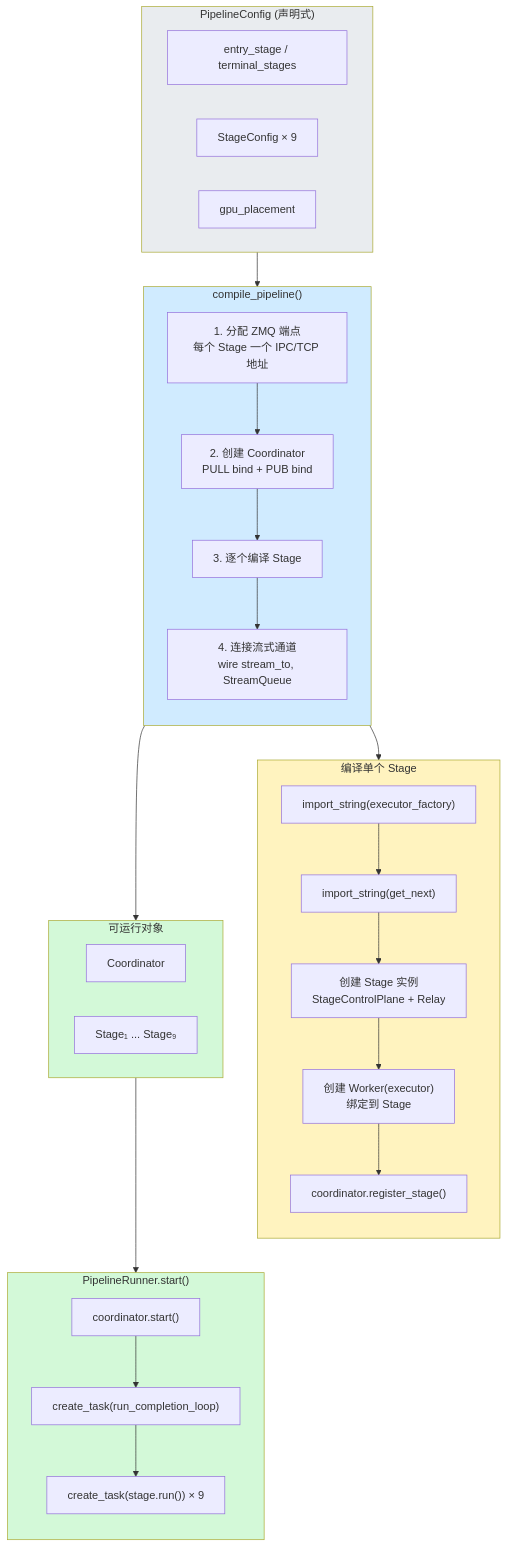
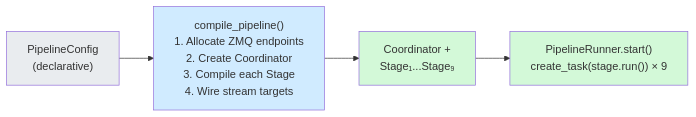
Diagram 12 of 31 in sglang/sglang-omni/README.md (zhaochenyang20/Awesome-ML-SYS-Tutorial), drawn with Mermaid before and after one commit. The commit also changed other lines of this file, not shown here.

First line of the commit message:
style: use English in all Mermaid diagrams, fix broken links, simplify oversized charts

````diff
--- a/sglang/sglang-omni/README.md
+++ b/sglang/sglang-omni/README.md
@@ -598,51 +573,11 @@
 ```mermaid
-graph TB
-    subgraph Config["PipelineConfig (声明式)"]
-        C1["entry_stage / terminal_stages"]
-        C2["StageConfig × 9"]
-        C3["gpu_placement"]
-    end
-
-    subgraph Compile["compile_pipeline()"]
-        direction TB
-        S1["1. 分配 ZMQ 端点<br/>每个 Stage 一个 IPC/TCP 地址"]
-        S2["2. 创建 Coordinator<br/>PULL bind + PUB bind"]
-        S3["3. 逐个编译 Stage"]
-        S4["4. 连接流式通道<br/>wire stream_to, StreamQueue"]
-        S1 --> S2 --> S3 --> S4
-    end
-
-    subgraph StageCompile["编译单个 Stage"]
-        direction TB
-        SC1["import_string(executor_factory)"]
-        SC2["import_string(get_next)"]
-        SC3["创建 Stage 实例<br/>StageControlPlane + Relay"]
-        SC4["创建 Worker(executor)<br/>绑定到 Stage"]
-        SC5["coordinator.register_stage()"]
-        SC1 --> SC2 --> SC3 --> SC4 --> SC5
-    end
-
-    subgraph Runtime["可运行对象"]
-        R1["Coordinator"]
-        R2["Stage₁ ... Stage₉"]
-    end
-
-    subgraph Start["PipelineRunner.start()"]
-        direction TB
-        ST1["coordinator.start()"]
-        ST2["create_task(run_completion_loop)"]
-        ST3["create_task(stage.run()) × 9"]
-        ST1 --> ST2 --> ST3
-    end
-
-    Config --> Compile
-    S3 --> StageCompile
-    Compile --> Runtime
-    Runtime --> Start
+graph LR
+    Config["PipelineConfig<br/>(declarative)"] --> Compile["compile_pipeline()<br/>1. Allocate ZMQ endpoints<br/>2. Create Coordinator<br/>3. Compile each Stage<br/>4. Wire stream targets"]
+    Compile --> Runtime["Coordinator +<br/>Stage₁...Stage₉"]
+    Runtime --> Start["PipelineRunner.start()<br/>create_task(stage.run()) × 9"]
 
     style Config fill:#e9ecef,color:#333
     style Compile fill:#d0ebff,color:#333
-    style StageCompile fill:#fff3bf,color:#333
     style Runtime fill:#d3f9d8,color:#333
     style Start fill:#d3f9d8,color:#333
 ```
````
